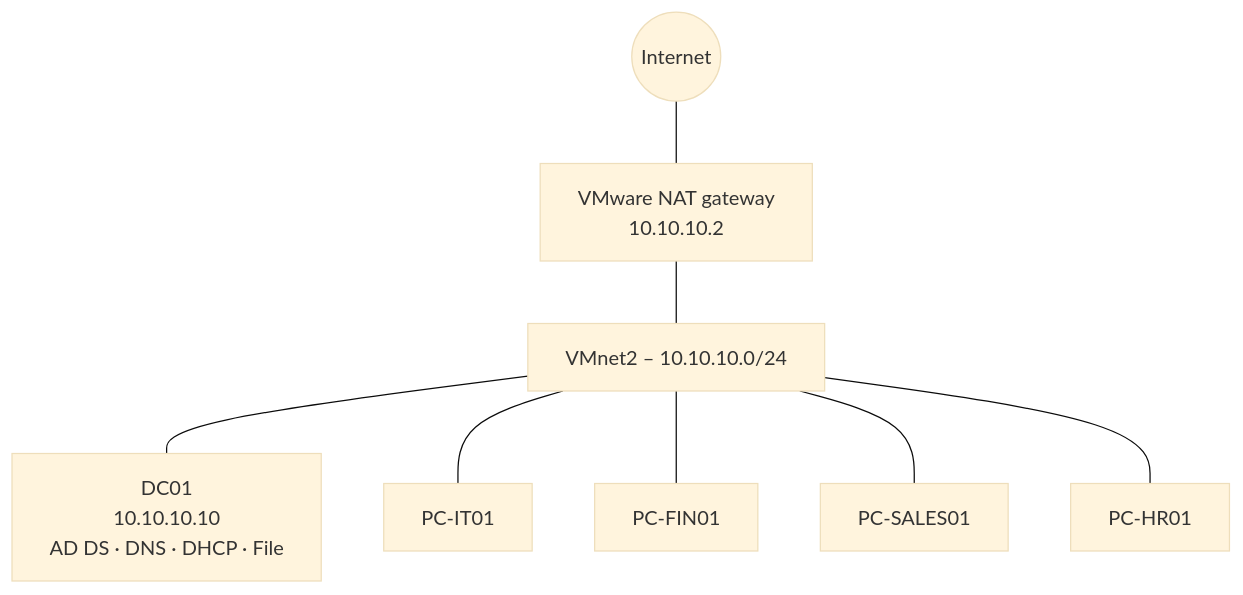
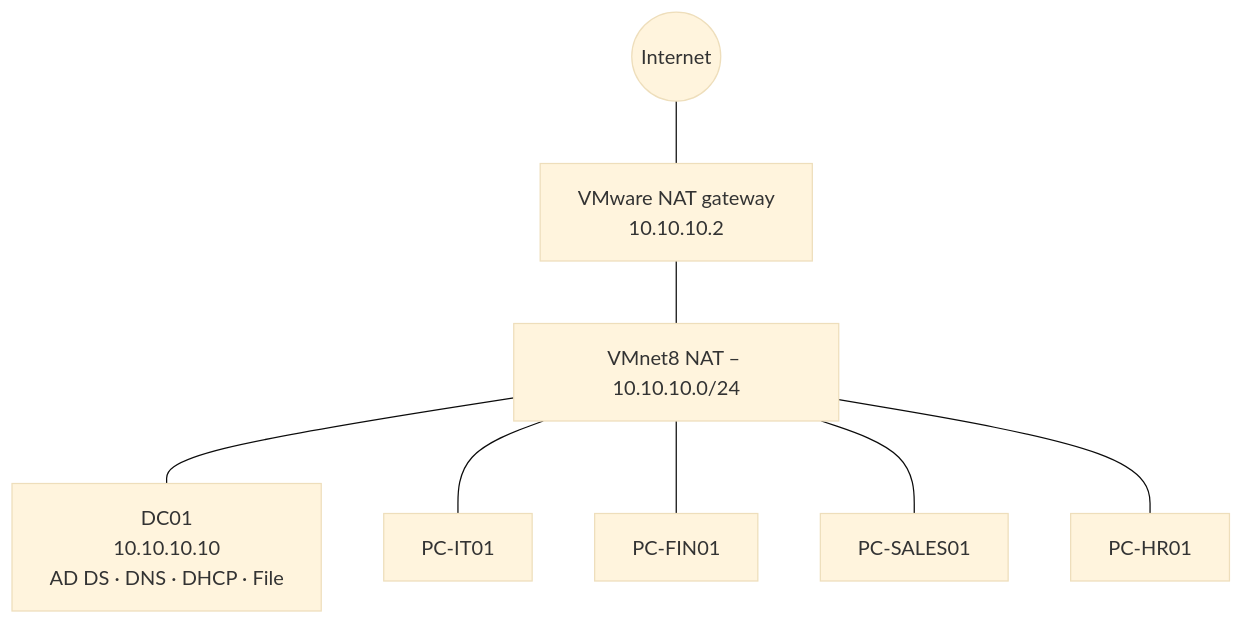
Before and after one commit to HaraldHex/basic-office-lab: the diagram in docs/00-planning.md, drawn with Mermaid (base theme). The commit also changed other lines of this file and 10 other files, not shown here.

````diff
--- a/docs/00-planning.md
+++ b/docs/00-planning.md
@@ -46,10 +46,10 @@
 ```mermaid
 flowchart TB
     INET((Internet)) --- NAT[VMware NAT gateway<br/>10.10.10.2]
-    NAT --- SW[VMnet2 – 10.10.10.0/24]
+    NAT --- SW[VMnet8 NAT – 10.10.10.0/24]
     SW --- DC[DC01<br/>10.10.10.10<br/>AD DS · DNS · DHCP · File]
     SW --- C1[PC-IT01]
     SW --- C2[PC-FIN01]
     SW --- C3[PC-SALES01]
     SW --- C4[PC-HR01]
 ```
````
